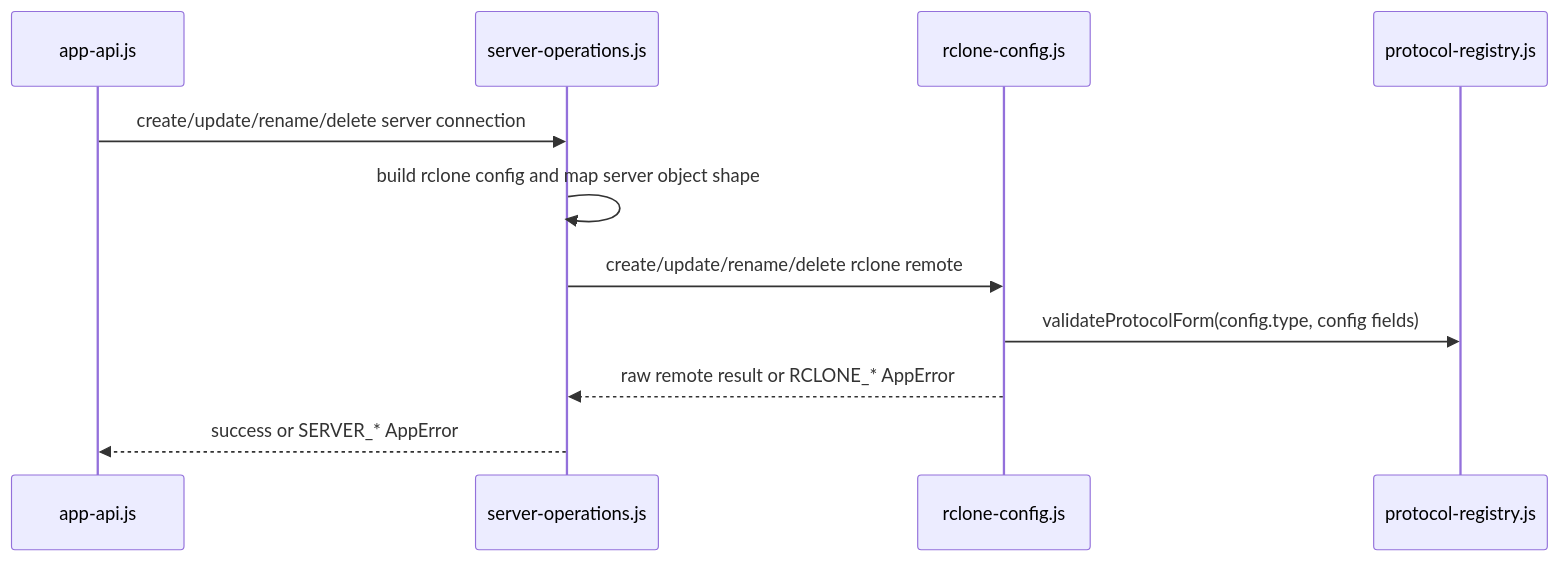
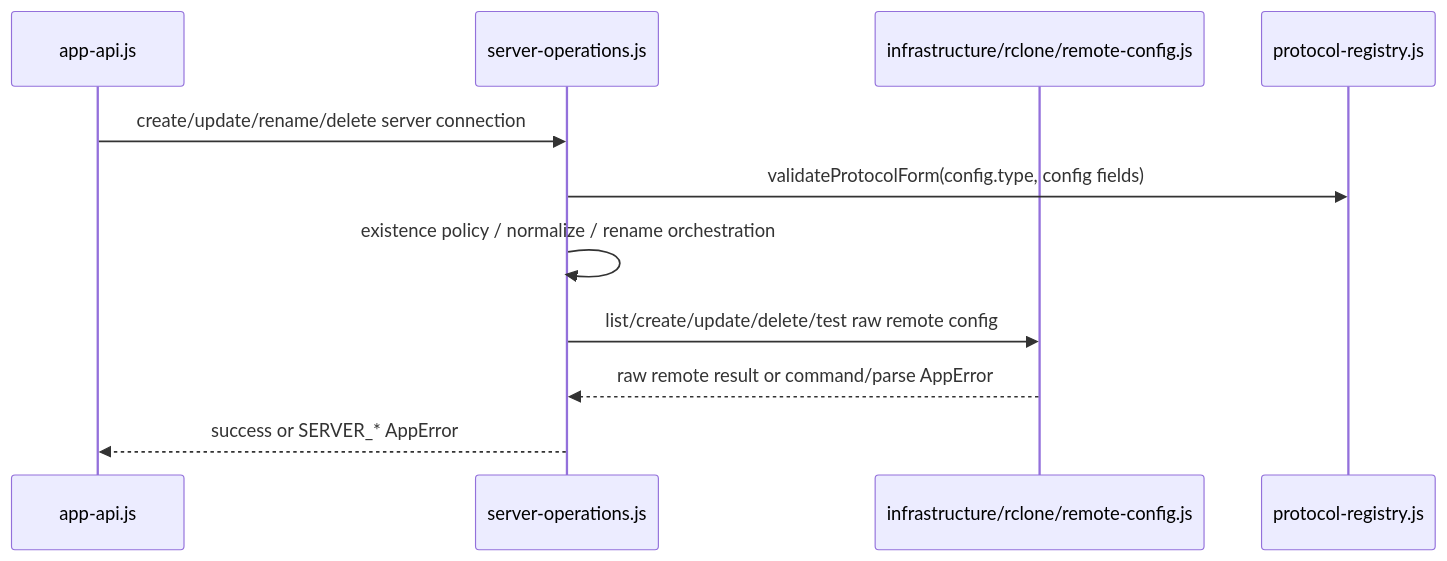
The third of 4 diagrams in docs/Architecture.md (agalloch21/sync-with-rclone), drawn with Mermaid before and after one commit. The commit also changed other lines of this file and 15 other files, not shown here.

Commit message:
split rclone-config and app-config

````diff
--- a/docs/Architecture.md
+++ b/docs/Architecture.md
@@ -492,14 +493,14 @@
 ```mermaid
 sequenceDiagram
   participant APP as app-api.js
   participant SO as server-operations.js
-  participant RC as rclone-config.js
+  participant RC as infrastructure/rclone/remote-config.js
   participant PR as protocol-registry.js
 
   APP->>SO: create/update/rename/delete server connection
-  SO->>SO: build rclone config and map server object shape
-  SO->>RC: create/update/rename/delete rclone remote
-  RC->>PR: validateProtocolForm(config.type, config fields)
-  RC-->>SO: raw remote result or RCLONE_* AppError
+  SO->>PR: validateProtocolForm(config.type, config fields)
+  SO->>SO: existence policy / normalize / rename orchestration
+  SO->>RC: list/create/update/delete/test raw remote config
+  RC-->>SO: raw remote result or command/parse AppError
   SO-->>APP: success or SERVER_* AppError
 ```
````
